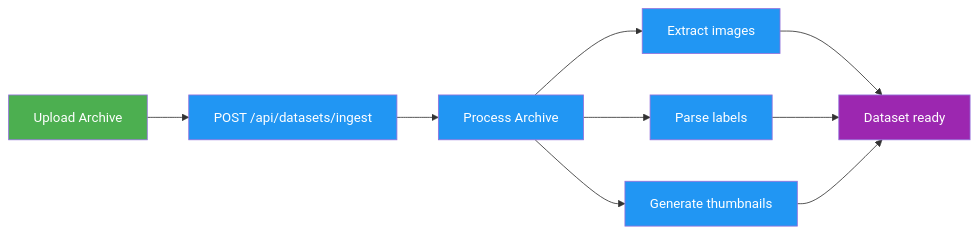
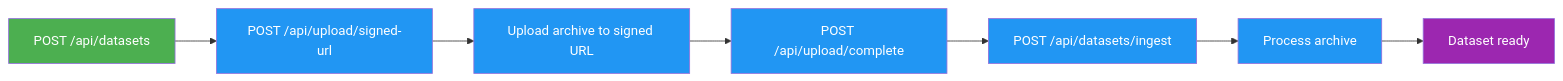
Before and after one commit to medusa717/AI-ULTRALYTICS: the second of 4 diagrams in docs/en/platform/api/index.md, drawn with Mermaid. The commit also changed other lines of this file, not shown here.

Commit message:
Clarify Platform dataset ingest API flow (#24943)

````diff
--- a/docs/en/platform/api/index.md
+++ b/docs/en/platform/api/index.md
@@ -579,13 +620,13 @@
 ```mermaid
 graph LR
-    A[Upload Archive]:::start --> B[POST /api/datasets/ingest]:::proc
-    B --> C[Process Archive]:::proc
-    C --> D[Extract images]:::proc
-    C --> E[Parse labels]:::proc
-    C --> F[Generate thumbnails]:::proc
-    D & E & F --> G[Dataset ready]:::out
+    A[POST /api/datasets]:::start --> B[POST /api/upload/signed-url]:::proc
+    B --> C[Upload archive to signed URL]:::proc
+    C --> D[POST /api/upload/complete]:::proc
+    D --> E[POST /api/datasets/ingest]:::proc
+    E --> F[Process archive]:::proc
+    F --> G[Dataset ready]:::out
 
     classDef start fill:#4CAF50,color:#fff
     classDef proc fill:#2196F3,color:#fff
     classDef out fill:#9C27B0,color:#fff
 ```
````
